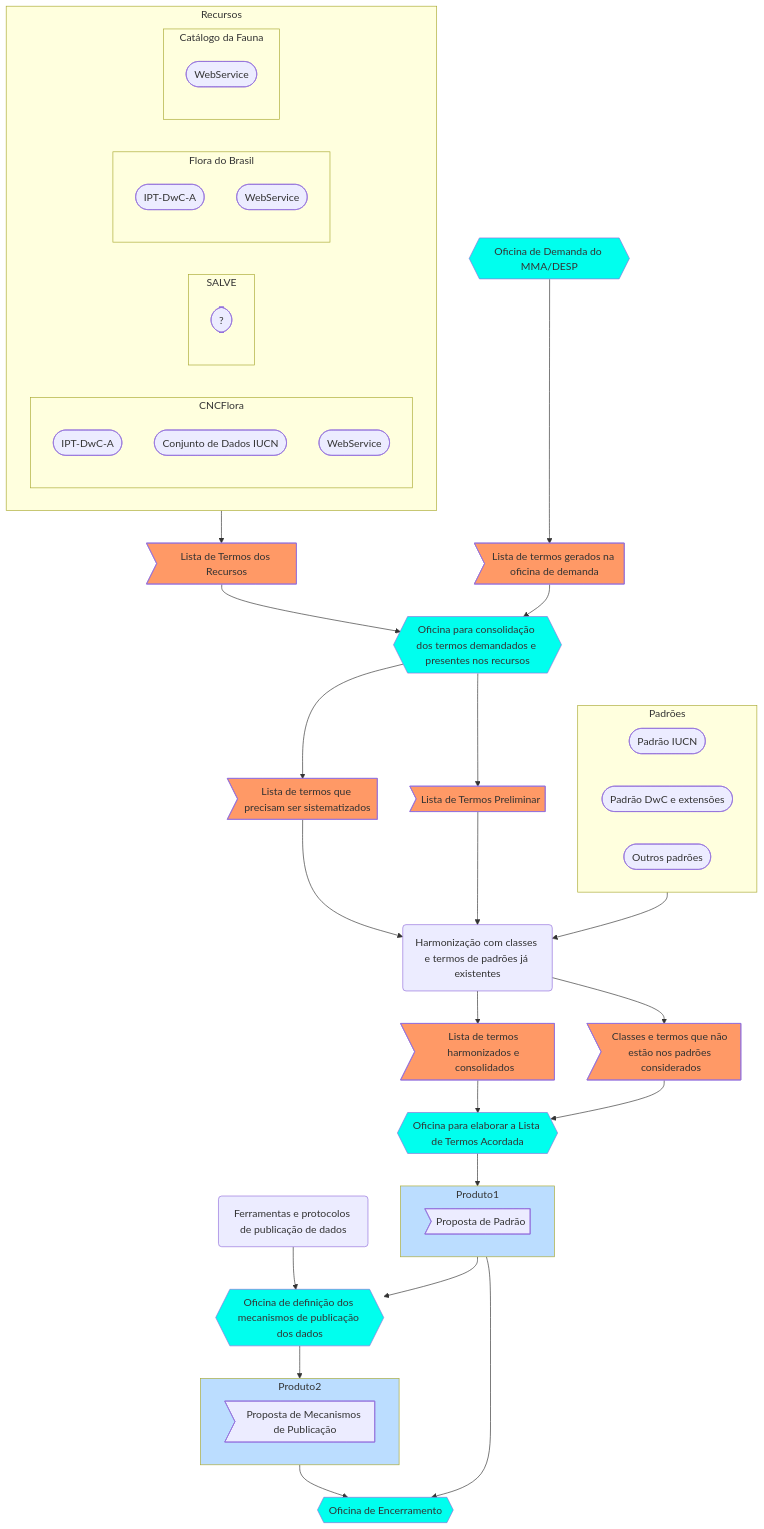
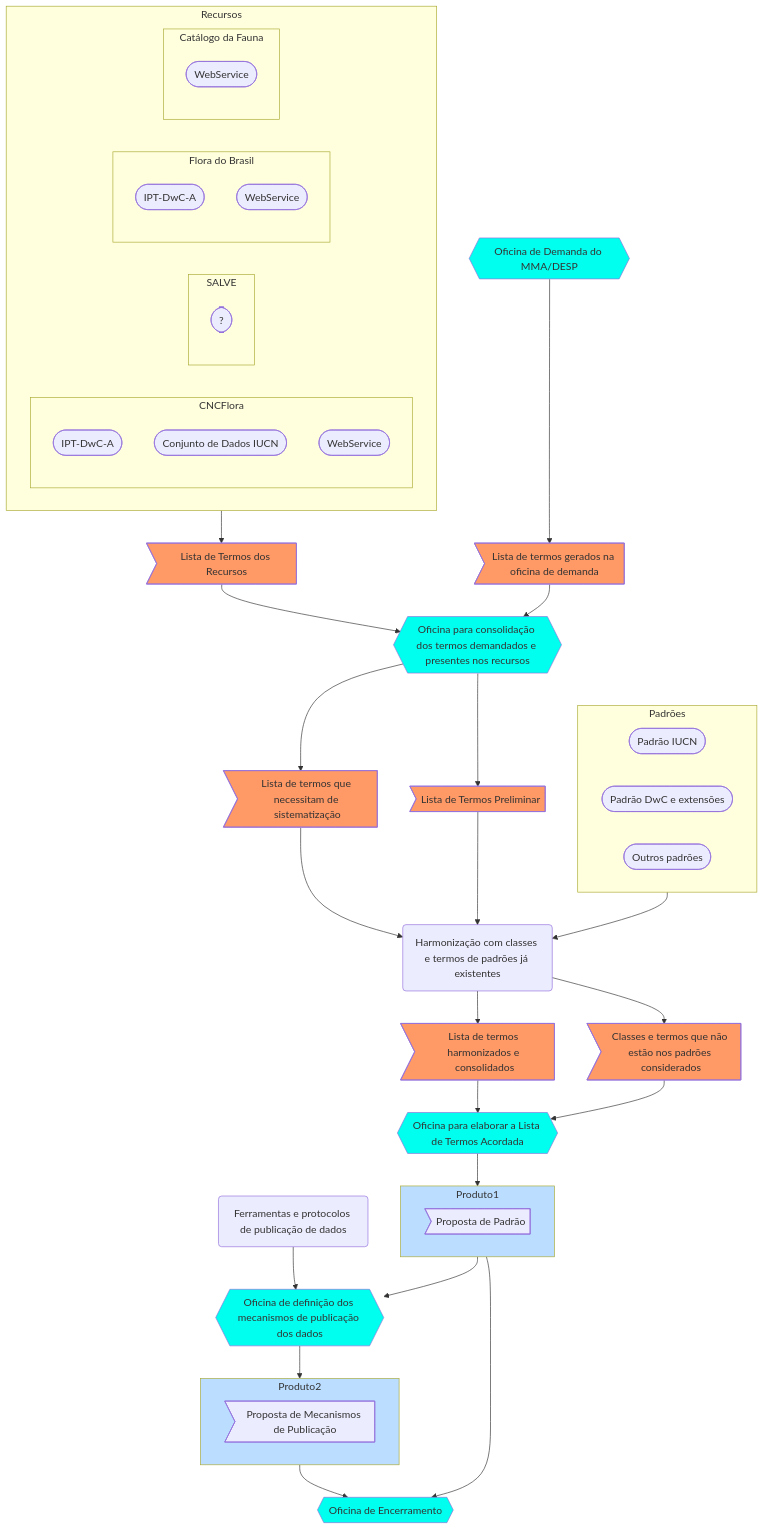
One commit to jlanna/MMA-Ameacadas changed the first of 2 diagrams in plano-de-trabalho/fluxograma.md. Above: the diagram before and after it, drawn with Mermaid. The commit also changed 1 other file, not shown here.

Commit message:
atualização do Plano de Trabalho para casar com o gantt e fluxo

```diff
--- a/plano-de-trabalho/fluxograma.md
+++ b/plano-de-trabalho/fluxograma.md
@@ -58,7 +58,7 @@
     16 --> 4
 
     %% a oficina de consolidação (4) tem como resultado uma lista de termos preliminar (6) e uma lista de termos que é demandada pelo MMA mas não está presente nos recursos (5)
-    4 --> 5>Lista de termos que precisam ser sistematizados]
+    4 --> 5>Lista de termos que necessitam de sistematização]
     4 --> 6>Lista de Termos Preliminar]
 
     %% bloco dos padrões existentes (9)
```
